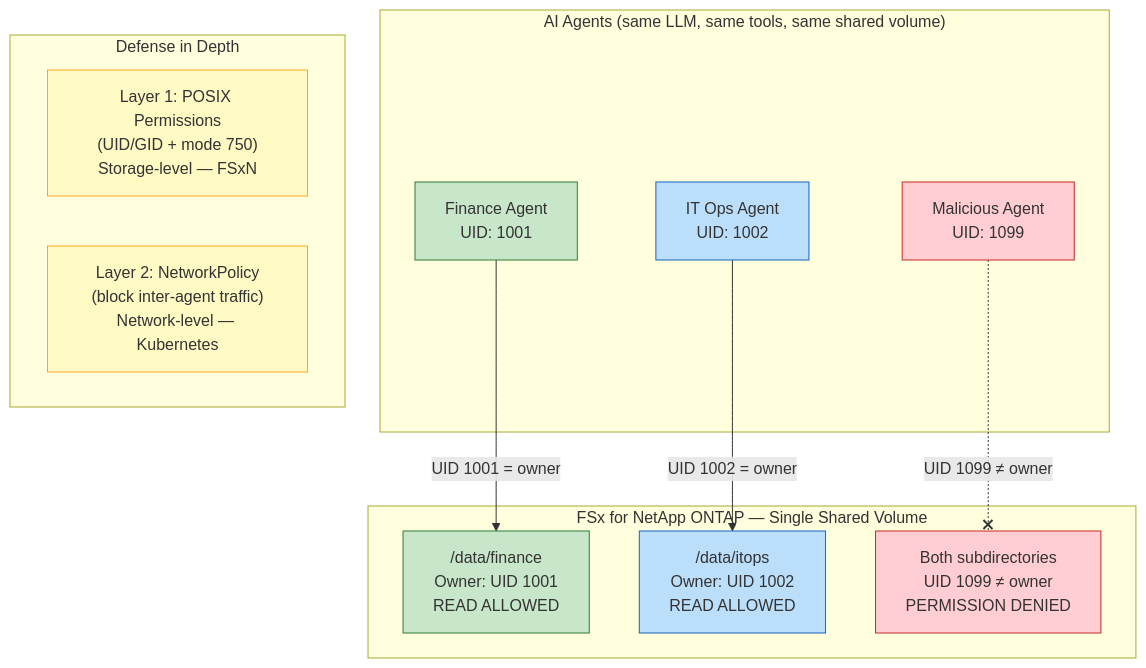
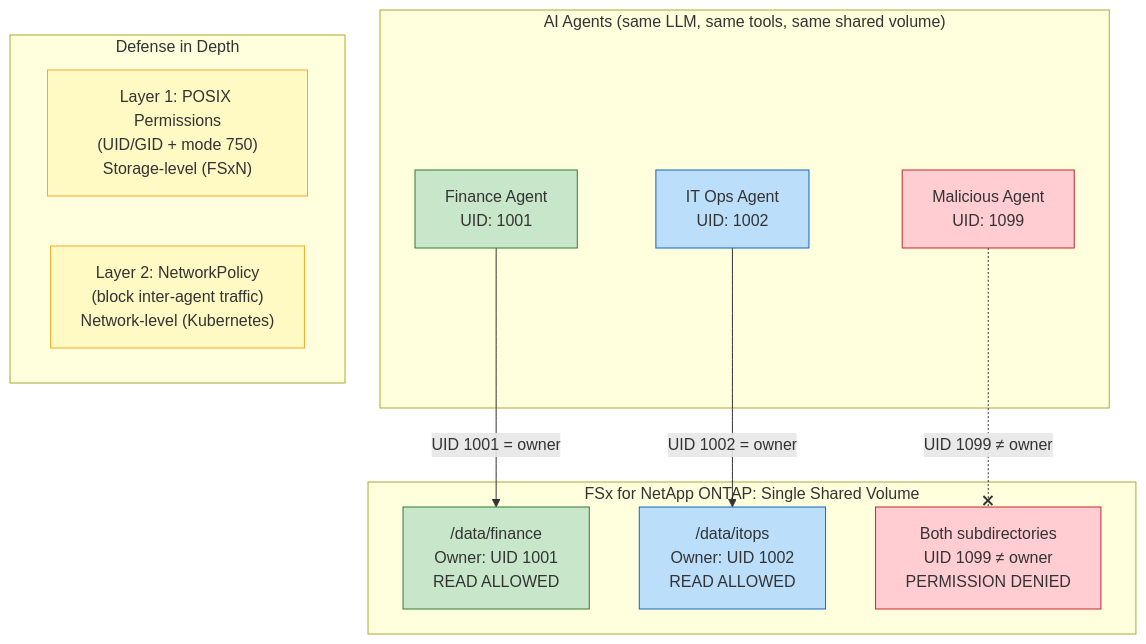
One commit to git4example/genai-fsx-netapp-ontap-workshop-on-eks-auto changed the first of 4 diagrams in content/400_module4_agentic_fsxn/450_Summary.md. Above: the diagram before and after it, drawn with Mermaid. The commit also changed other lines of this file and 22 other files, not shown here.

````diff
--- a/content/400_module4_agentic_fsxn/450_Summary.md
+++ b/content/400_module4_agentic_fsxn/450_Summary.md
@@ -10,32 +10,32 @@
 ```mermaid
 flowchart TD
     subgraph Agents["AI Agents (same LLM, same tools, same shared volume)"]
         FA["Finance Agent\nUID: 1001"]
         IA["IT Ops Agent\nUID: 1002"]
         MA["Malicious Agent\nUID: 1099"]
     end
 
     subgraph Security["Defense in Depth"]
-        L1["Layer 1: POSIX Permissions\n(UID/GID + mode 750)\nStorage-level — FSxN"]
-        L2["Layer 2: NetworkPolicy\n(block inter-agent traffic)\nNetwork-level — Kubernetes"]
+        L1["Layer 1: POSIX Permissions\n(UID/GID + mode 750)\nStorage-level (FSxN)"]
+        L2["Layer 2: NetworkPolicy\n(block inter-agent traffic)\nNetwork-level (Kubernetes)"]
     end
 
-    subgraph FSxN["FSx for NetApp ONTAP — Single Shared Volume"]
+    subgraph FSxN["FSx for NetApp ONTAP: Single Shared Volume"]
         FV["/data/finance\nOwner: UID 1001\nREAD ALLOWED"]
         IV["/data/itops\nOwner: UID 1002\nREAD ALLOWED"]
         BL["Both subdirectories\nUID 1099 ≠ owner\nPERMISSION DENIED"]
     end
 
     FA -->|"UID 1001 = owner"| FV
     IA -->|"UID 1002 = owner"| IV
     MA -.-x|"UID 1099 ≠ owner"| BL
 
     style FA fill:#c8e6c9,stroke:#2e7d32
     style IA fill:#bbdefb,stroke:#1565c0
     style MA fill:#ffcdd2,stroke:#c62828
     style FV fill:#c8e6c9,stroke:#2e7d32
     style IV fill:#bbdefb,stroke:#1565c0
     style BL fill:#ffcdd2,stroke:#c62828
     style L1 fill:#fff9c4,stroke:#f9a825
     style L2 fill:#fff9c4,stroke:#f9a825
 ```
````
